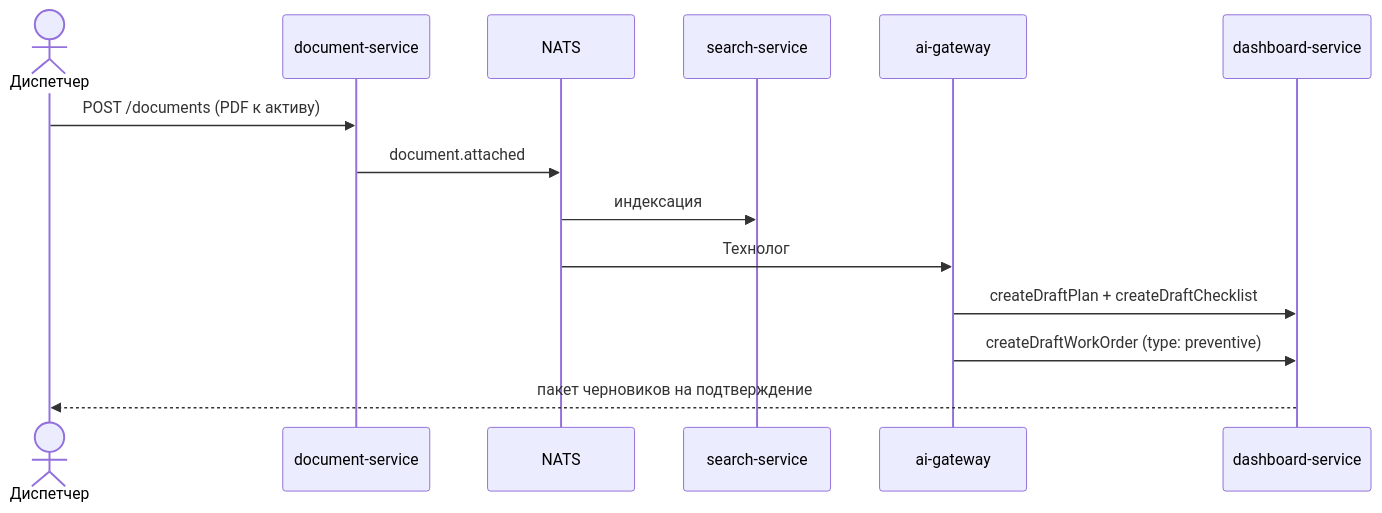
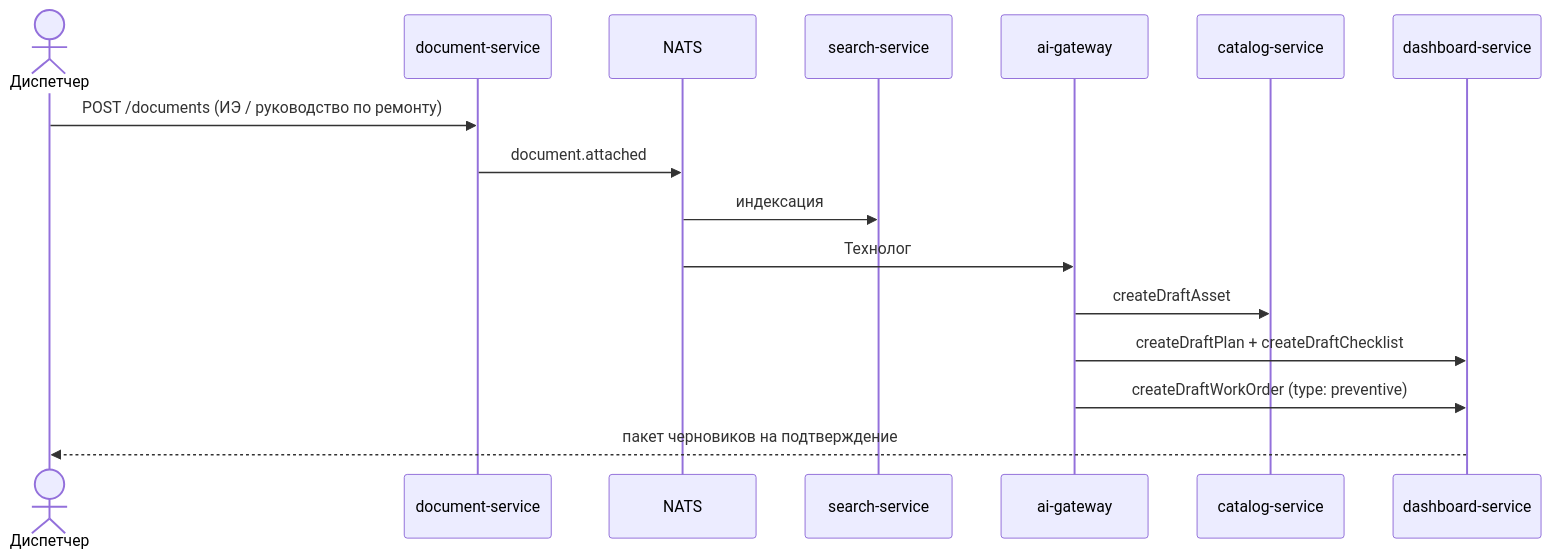
Diagram 12 of 12 in TOIR_AI_SYSTEM_DESIGN.md (masterdoc-app/masterdoc), drawn with Mermaid before and after one commit. The commit also changed other lines of this file and 1 other file, not shown here.

````diff
--- a/TOIR_AI_SYSTEM_DESIGN.md
+++ b/TOIR_AI_SYSTEM_DESIGN.md
@@ -1034,17 +1034,19 @@
 ```mermaid
 sequenceDiagram
   actor Disp as Диспетчер
   participant DOC as document-service
   participant BUS as NATS
   participant SRCH as search-service
   participant AI as ai-gateway
+  participant CAT as catalog-service
   participant DSH as dashboard-service
 
-  Disp->>DOC: POST /documents (PDF к активу)
+  Disp->>DOC: POST /documents (ИЭ / руководство по ремонту)
   DOC->>BUS: document.attached
   BUS->>SRCH: индексация
   BUS->>AI: Технолог
+  AI->>CAT: createDraftAsset
   AI->>DSH: createDraftPlan + createDraftChecklist
   AI->>DSH: createDraftWorkOrder (type: preventive)
   DSH-->>Disp: пакет черновиков на подтверждение
 ```
````
